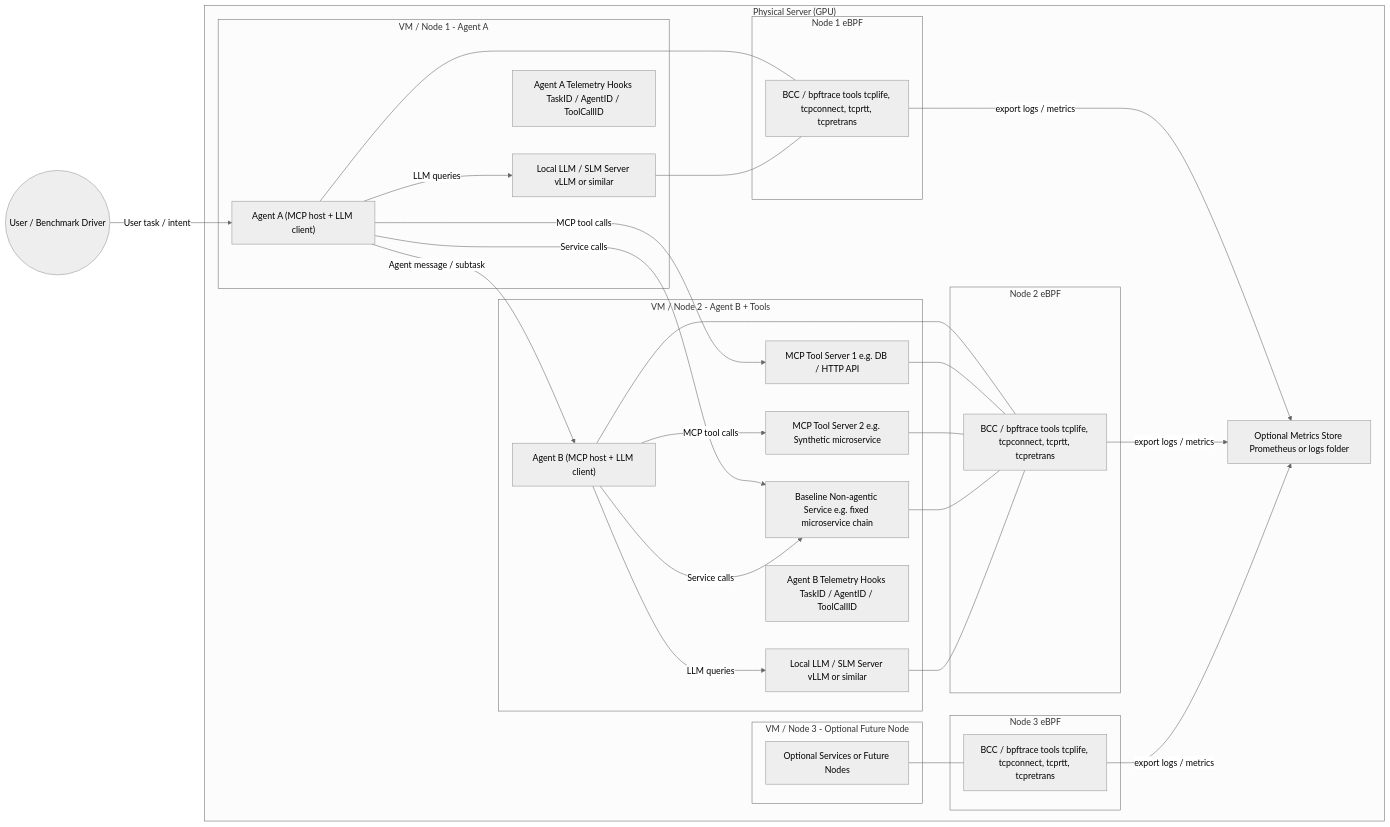
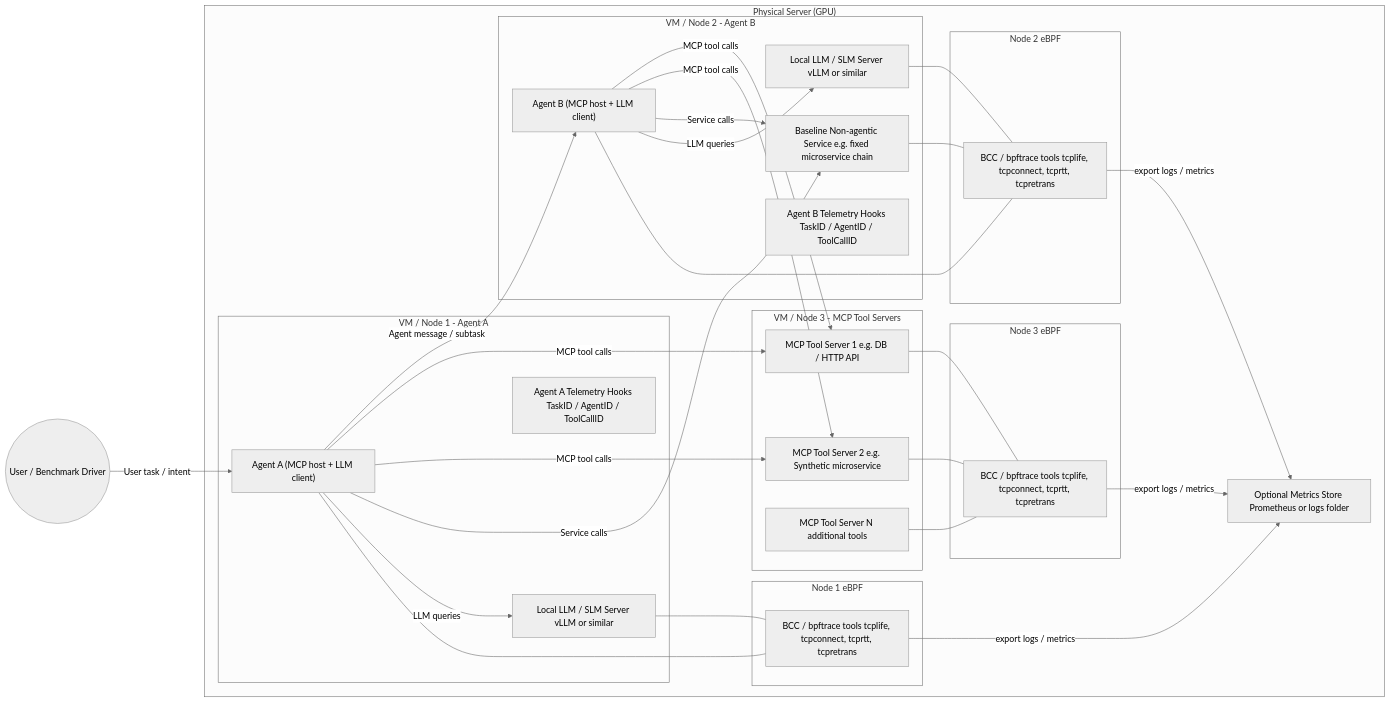
One commit to dlamagna/agentic-traffic-testing changed the second of 2 diagrams in docs/architecture_diagrams/mvp.md. Above: the diagram before and after it, drawn with Mermaid (neutral theme). The commit also changed other lines of this file and 3 other files, not shown here.

Commit message:
modified architecture for MCP servers in separate node

````diff
--- a/docs/architecture_diagrams/mvp.md
+++ b/docs/architecture_diagrams/mvp.md
@@ -71,71 +84,73 @@
 ```mermaid
 flowchart LR
     %% Physical host
     subgraph Host["Physical Server (GPU)"]
         
-        %% Virtual node 1: Agent A
+        %% Virtual node 1: Agent A + local LLM
         subgraph Node1["VM / Node 1 - Agent A"]
             AgentA["Agent A (MCP host + LLM client)"]
             LLM1["Local LLM / SLM Server vLLM or similar"]
             AgentALogger["Agent A Telemetry Hooks TaskID / AgentID / ToolCallID"]
         end
 
-        %% Virtual node 2: Agent B + tools
-        subgraph Node2["VM / Node 2 - Agent B + Tools"]
+        %% Virtual node 2: Agent B + local LLM
+        subgraph Node2["VM / Node 2 - Agent B"]
             AgentB["Agent B (MCP host + LLM client)"]
-            Tool1["MCP Tool Server 1 e.g. DB / HTTP API"]
-            Tool2["MCP Tool Server 2 e.g. Synthetic microservice"]
             BaselineSvc["Baseline Non-agentic Service e.g. fixed microservice chain"]
             LLM2["Local LLM / SLM Server vLLM or similar"]
             AgentBLogger["Agent B Telemetry Hooks TaskID / AgentID / ToolCallID"]
         end
 
-        %% Virtual node 3: Optional / future node
-        subgraph Node3["VM / Node 3 - Optional Future Node"]
-            Spare["Optional Services or Future Nodes"]
+        %% Virtual node 3: MCP Tool Servers (separate from agents)
+        subgraph Node3["VM / Node 3 - MCP Tool Servers"]
+            Tool1["MCP Tool Server 1 e.g. DB / HTTP API"]
+            Tool2["MCP Tool Server 2 e.g. Synthetic microservice"]
+            Tool3["MCP Tool Server N additional tools"]
         end
 
         %% eBPF observability on each node
         subgraph Obs1["Node 1 eBPF"]
             BCC1["BCC / bpftrace tools tcplife, tcpconnect, tcprtt, tcpretrans"]
         end
 
         subgraph Obs2["Node 2 eBPF"]
             BCC2["BCC / bpftrace tools tcplife, tcpconnect, tcprtt, tcpretrans"]
         end
 
         subgraph Obs3["Node 3 eBPF"]
             BCC3["BCC / bpftrace tools tcplife, tcpconnect, tcprtt, tcpretrans"]
         end
 
         %% Optional metrics store on host
         MetricsDB["Optional Metrics Store Prometheus or logs folder"]
     end
 
     %% Traffic paths (logical)
     User((User / Benchmark Driver)) -->|User task / intent| AgentA
     AgentA -->|Agent message / subtask| AgentB
     AgentA -->|MCP tool calls| Tool1
+    AgentA -->|MCP tool calls| Tool2
+    AgentB -->|MCP tool calls| Tool1
     AgentB -->|MCP tool calls| Tool2
     AgentA -->|Service calls| BaselineSvc
     AgentB -->|Service calls| BaselineSvc
 
     AgentA -->|LLM queries| LLM1
     AgentB -->|LLM queries| LLM2
 
     %% eBPF data flow
     AgentA --- BCC1
     LLM1 --- BCC1
 
     AgentB --- BCC2
-    Tool1 --- BCC2
-    Tool2 --- BCC2
     BaselineSvc --- BCC2
     LLM2 --- BCC2
 
-    Spare --- BCC3
+    Tool1 --- BCC3
+    Tool2 --- BCC3
+    Tool3 --- BCC3
 
     BCC1 -->|export logs / metrics| MetricsDB
     BCC2 -->|export logs / metrics| MetricsDB
     BCC3 -->|export logs / metrics| MetricsDB 
 ```
````
